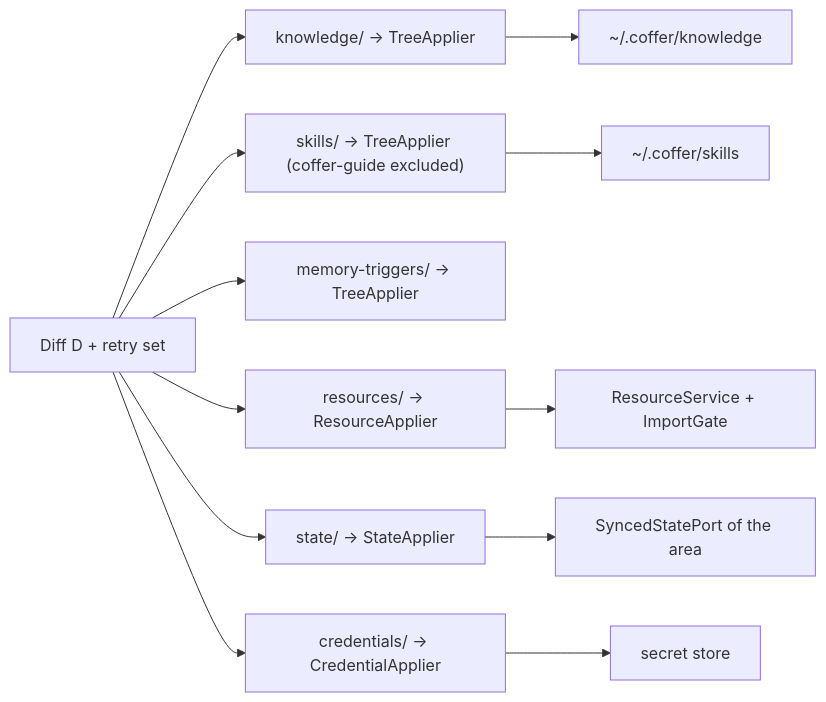
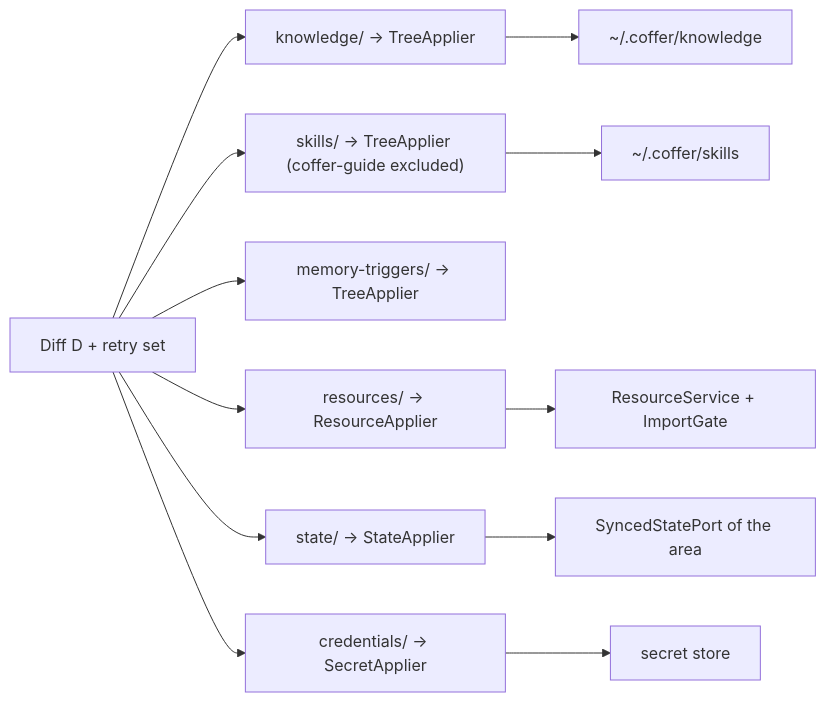
One commit to wyx-sg/Coffer changed the third of 3 diagrams in docs-site/architecture/vault-sync.md. Above: the diagram before and after it, drawn with Mermaid. The commit also changed other lines of this file and 584 other files, not shown here.

First line of the commit message:
refactor(secret): rename every internal credential name to secret

````diff
--- a/docs-site/architecture/vault-sync.md
+++ b/docs-site/architecture/vault-sync.md
@@ -196,14 +196,14 @@
 ```mermaid
 flowchart LR
     D["Diff D + retry set"] --> K["knowledge/ → TreeApplier"]
     D --> SK["skills/ → TreeApplier (coffer-guide excluded)"]
     D --> MT["memory-triggers/ → TreeApplier"]
     D --> RS["resources/ → ResourceApplier"]
     D --> ST["state/ → StateApplier"]
-    D --> CR["credentials/ → CredentialApplier"]
+    D --> CR["credentials/ → SecretApplier"]
     RS --> SVC["ResourceService + ImportGate"]
     ST --> SP["SyncedStatePort of the area"]
     K --> FS["~/.coffer/knowledge"]
     SK --> FS2["~/.coffer/skills"]
     CR --> CS["secret store"]
 ```
````
